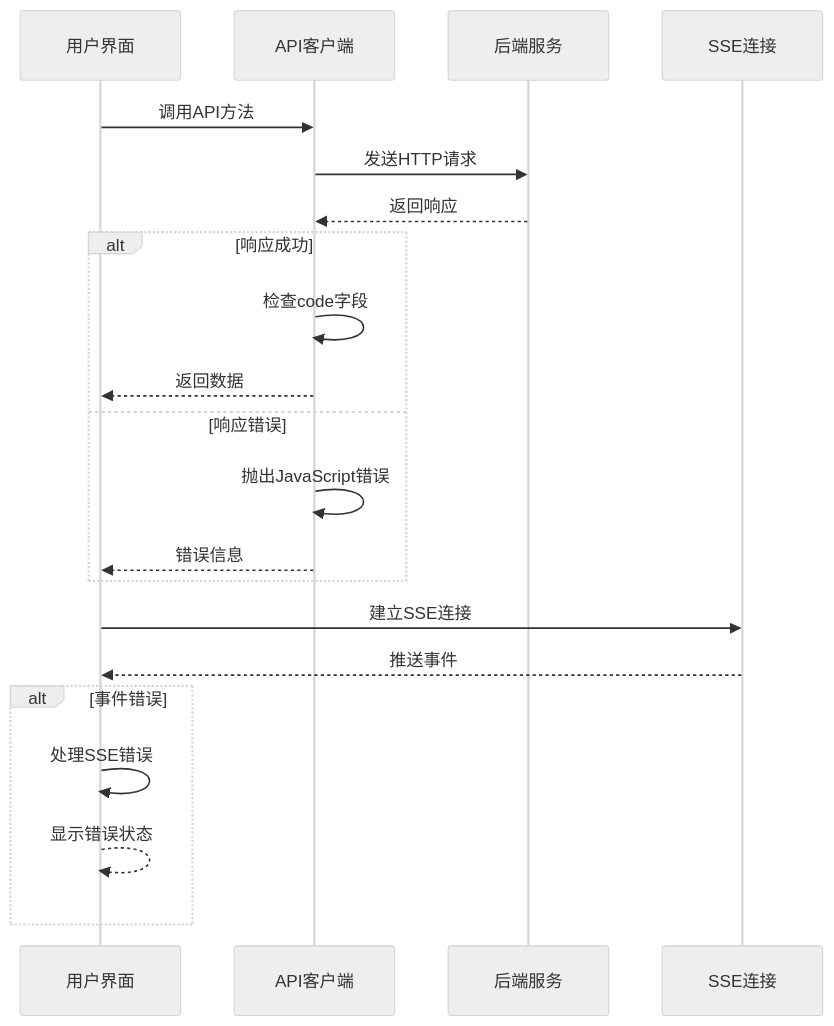
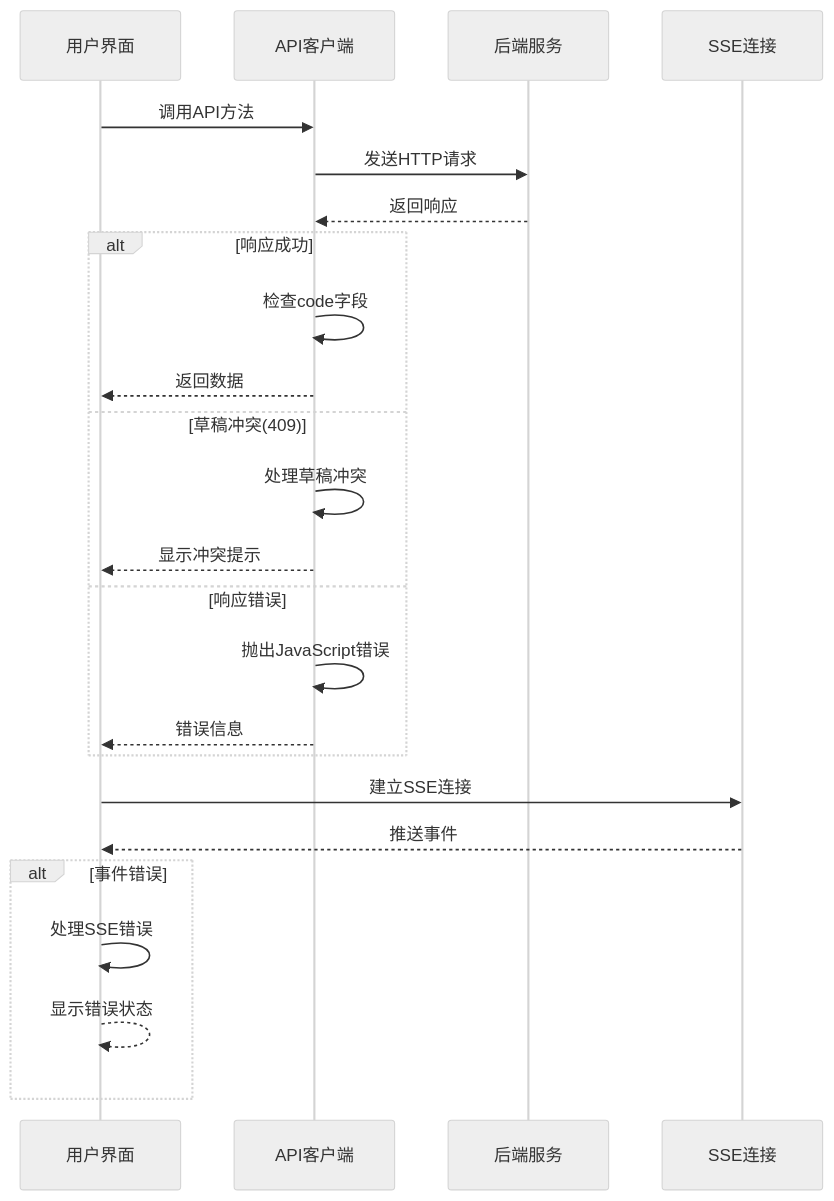
The ninth of 13 diagrams in .qoder/repowiki/zh/content/Exception Handling System.md (sansansansansan2022-web/hotclaw), drawn with Mermaid (neutral theme) before and after one commit. The commit also changed other lines of this file and 44 other files, not shown here.

````diff
--- a/.qoder/repowiki/zh/content/Exception Handling System.md
+++ b/.qoder/repowiki/zh/content/Exception Handling System.md
@@ -332,23 +391,26 @@
 ```mermaid
 sequenceDiagram
 participant UI as 用户界面
 participant API as API客户端
 participant Backend as 后端服务
 participant SSE as SSE连接
 UI->>API : 调用API方法
 API->>Backend : 发送HTTP请求
 Backend-->>API : 返回响应
 alt 响应成功
 API->>API : 检查code字段
 API-->>UI : 返回数据
+else 草稿冲突(409)
+API->>API : 处理草稿冲突
+API-->>UI : 显示冲突提示
 else 响应错误
 API->>API : 抛出JavaScript错误
 API-->>UI : 错误信息
 end
 UI->>SSE : 建立SSE连接
 SSE-->>UI : 推送事件
 alt 事件错误
 UI->>UI : 处理SSE错误
 UI-->>UI : 显示错误状态
 end
 ```
````
